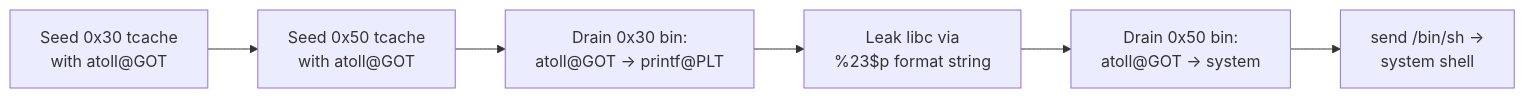
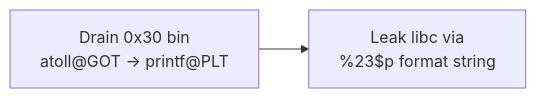
Before and after one commit to peterlim11123-lab/peterlim11123-lab.github.io: the second of 4 diagrams in _posts/2026-06-21-pwnable-tw-re-alloc.md, drawn with Mermaid. The commit also changed other lines of this file, not shown here.

First line of the commit message:
Fix Re-alloc diagrams: split phases and remove semicolons

````diff
--- a/_posts/2026-06-21-pwnable-tw-re-alloc.md
+++ b/_posts/2026-06-21-pwnable-tw-re-alloc.md
@@ -53,8 +62,4 @@
 ```mermaid
 graph LR
-    A[Seed 0x30 tcache<br/>with atoll@GOT] --> B[Seed 0x50 tcache<br/>with atoll@GOT]
-    B --> C[Drain 0x30 bin:<br/>atoll@GOT → printf@PLT]
-    C --> D[Leak libc via<br/>%23$p format string]
-    D --> E[Drain 0x50 bin:<br/>atoll@GOT → system]
-    E --> F[send /bin/sh →<br/>system shell]
+    C[Drain 0x30 bin<br/>atoll@GOT → printf@PLT] --> D[Leak libc via<br/>%23$p format string]
 ```
````
